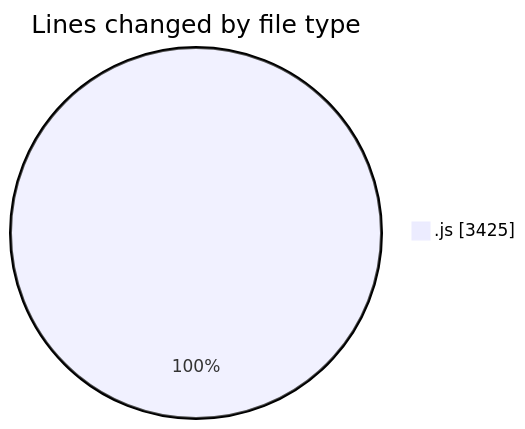
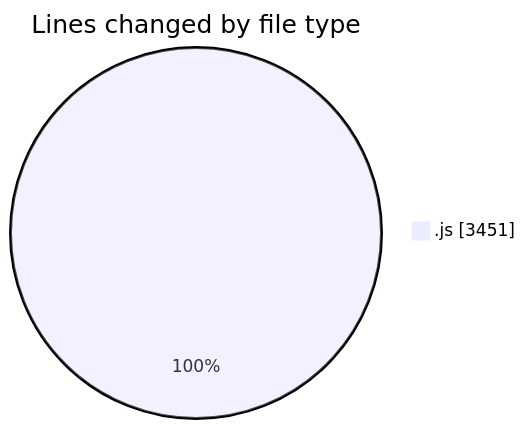
Before and after one commit to nxtqubesakshisongat/code-tracking: the first of 2 diagrams in 2025-09-03/nxtqube_webapp/README.md, drawn with Mermaid. The commit also changed other lines of this file and 1 other file, not shown here.

````diff
--- a/2025-09-03/nxtqube_webapp/README.md
+++ b/2025-09-03/nxtqube_webapp/README.md
@@ -20,5 +20,5 @@
 ```mermaid
 pie showData
 title Lines changed by file type
-".js" : 3425
+".js" : 3451
 ```
````
